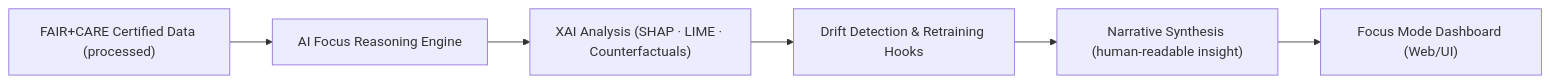
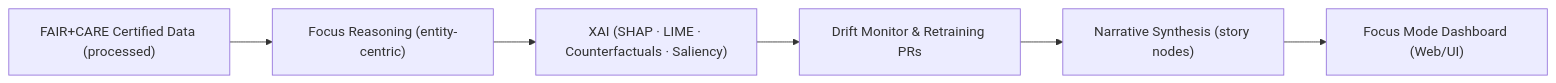
One commit to bartytime4life/Kansas-Frontier-Matrix changed the second of 2 diagrams in docs/architecture/ai-system-architecture.md. Above: the diagram before and after it, drawn with Mermaid. The commit also changed other lines of this file, not shown here.

First line of the commit message:
Upgrade AI System Architecture to v10.2.3

````diff
--- a/docs/architecture/ai-system-architecture.md
+++ b/docs/architecture/ai-system-architecture.md
@@ -87,8 +103,8 @@
 ```mermaid
 flowchart LR
-    A["FAIR+CARE Certified Data (processed)"] --> B["AI Focus Reasoning Engine"]
-    B --> C["XAI Analysis (SHAP · LIME · Counterfactuals)"]
-    C --> D["Drift Detection & Retraining Hooks"]
-    D --> E["Narrative Synthesis (human-readable insight)"]
+    A["FAIR+CARE Certified Data (processed)"] --> B["Focus Reasoning (entity-centric)"]
+    B --> C["XAI (SHAP · LIME · Counterfactuals · Saliency)"]
+    C --> D["Drift Monitor & Retraining PRs"]
+    D --> E["Narrative Synthesis (story nodes)"]
     E --> F["Focus Mode Dashboard (Web/UI)"]
 ```
````
